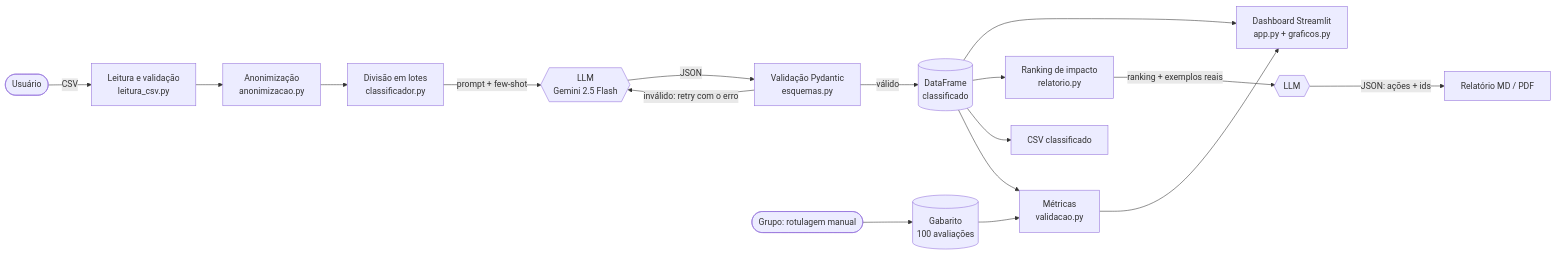
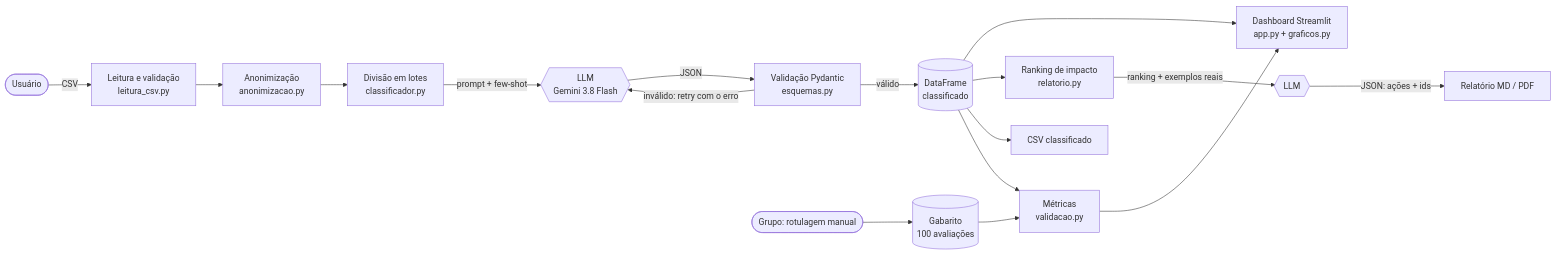
One commit to joaopferreira7/feedback-radar changed the diagram in docs/etapa-1-arquitetura.md. Above: the diagram before and after it, drawn with Mermaid. The commit also changed other lines of this file and 9 other files, not shown here.

First line of the commit message:
Atualiza modelo para gemini-3.8-flash e trata erros permanentes da API

````diff
--- a/docs/etapa-1-arquitetura.md
+++ b/docs/etapa-1-arquitetura.md
@@ -5,19 +5,19 @@
 ```mermaid
 flowchart LR
     U([Usuário]) -->|CSV| L[Leitura e validação<br/>leitura_csv.py]
     L --> A[Anonimização<br/>anonimizacao.py]
     A --> B[Divisão em lotes<br/>classificador.py]
-    B -->|prompt + few-shot| G{{LLM<br/>Gemini 2.5 Flash}}
+    B -->|prompt + few-shot| G{{LLM<br/>Gemini 3.8 Flash}}
     G -->|JSON| V[Validação Pydantic<br/>esquemas.py]
     V -->|inválido: retry com o erro| G
     V -->|válido| D[(DataFrame<br/>classificado)]
     D --> DB[Dashboard Streamlit<br/>app.py + graficos.py]
     D --> R[Ranking de impacto<br/>relatorio.py]
     R -->|ranking + exemplos reais| G2{{LLM}}
     G2 -->|JSON: ações + ids| R2[Relatório MD / PDF]
     D --> EX[CSV classificado]
     H([Grupo: rotulagem manual]) --> GB[(Gabarito<br/>100 avaliações)]
     GB --> M[Métricas<br/>validacao.py]
     D --> M
     M --> DB
 ```
````
